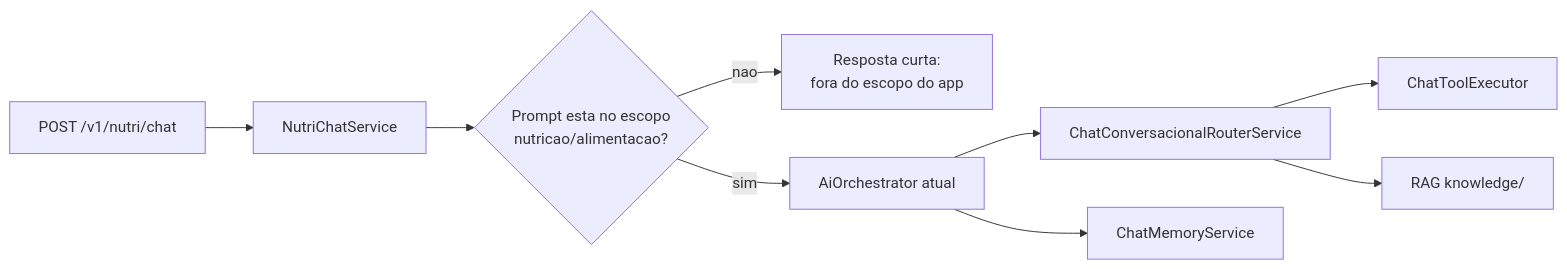
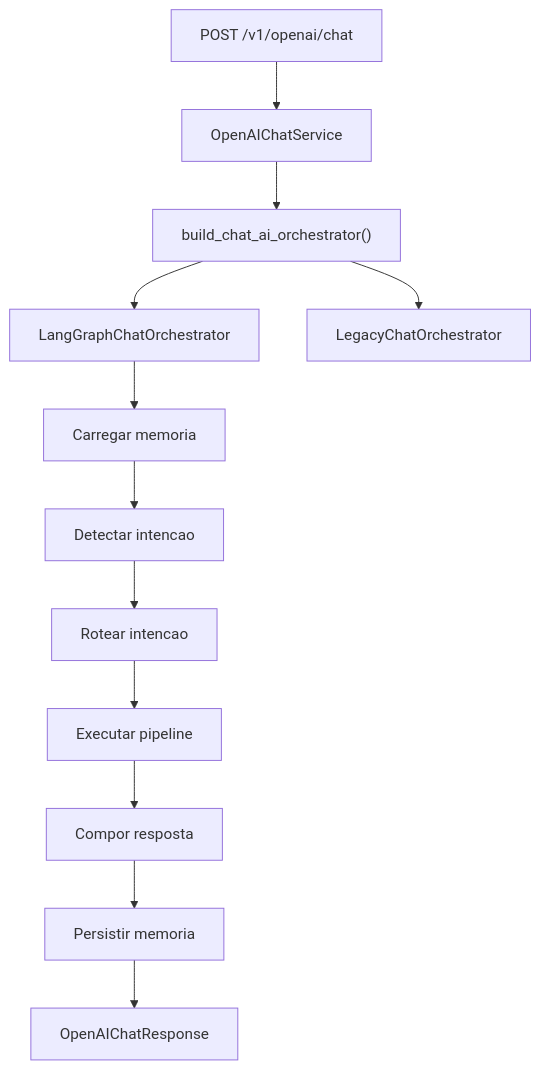
Before and after one commit to Boddenberg/vidasync-multiagents-ia: the second of 6 diagrams in README.md, drawn with Mermaid. The commit also changed other lines of this file, not shown here.

Commit message:
Document chat guardrails and UI actions

````diff
--- a/README.md
+++ b/README.md
@@ -31,11 +177,15 @@
 ```mermaid
-flowchart LR
-    A["POST /v1/nutri/chat"] --> B["NutriChatService"]
-    B --> C{"Prompt esta no escopo\nnutricao/alimentacao?"}
-    C -- "nao" --> D["Resposta curta:\nfora do escopo do app"]
-    C -- "sim" --> E["AiOrchestrator atual"]
-    E --> F["ChatConversacionalRouterService"]
-    F --> G["ChatToolExecutor"]
-    F --> H["RAG knowledge/"]
-    E --> I["ChatMemoryService"]
+flowchart TD
+    A["POST /v1/openai/chat"] --> B["OpenAIChatService"]
+    B --> C["build_chat_ai_orchestrator()"]
+    C --> D["LangGraphChatOrchestrator"]
+    C --> E["LegacyChatOrchestrator"]
+
+    D --> F["Carregar memoria"]
+    F --> G["Detectar intencao"]
+    G --> H["Rotear intencao"]
+    H --> I["Executar pipeline"]
+    I --> J["Compor resposta"]
+    J --> K["Persistir memoria"]
+    K --> L["OpenAIChatResponse"]
 ```
````
